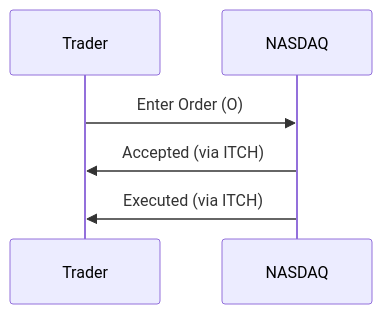
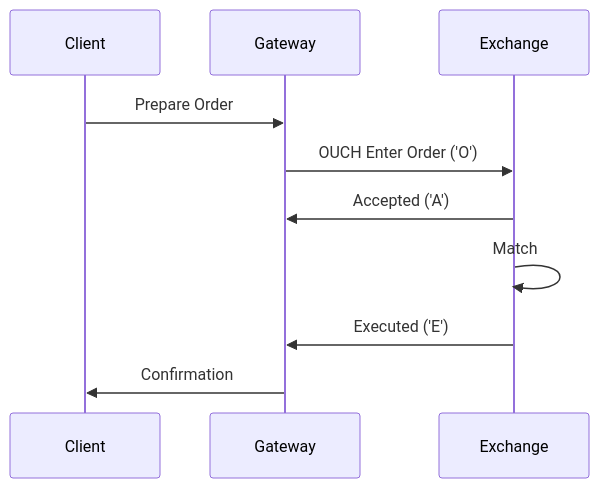
One commit to VrushankPatel/interview-matters changed the diagram in ouch-protocol/README.md. Above: the diagram before and after it, drawn with Mermaid. The commit also changed other lines of this file and 5 other files, not shown here.

Commit message:
kb: add 5 topics (fix-protocol, itch-protocol, ouch-protocol, market-data, order-entry-protocols) + update spec and pending

````diff
--- a/ouch-protocol/README.md
+++ b/ouch-protocol/README.md
@@ -70,8 +69,13 @@
 ```mermaid
 sequenceDiagram
-    participant Trader
-    participant NASDAQ
-    Trader->>NASDAQ: Enter Order (O)
-    NASDAQ->>Trader: Accepted (via ITCH)
-    NASDAQ->>Trader: Executed (via ITCH)
+    participant Client
+    participant Gateway
+    participant Exchange
+
+    Client->>Gateway: Prepare Order
+    Gateway->>Exchange: OUCH Enter Order ('O')
+    Exchange->>Gateway: Accepted ('A')
+    Exchange->>Exchange: Match
+    Exchange->>Gateway: Executed ('E')
+    Gateway->>Client: Confirmation
 ```
````
